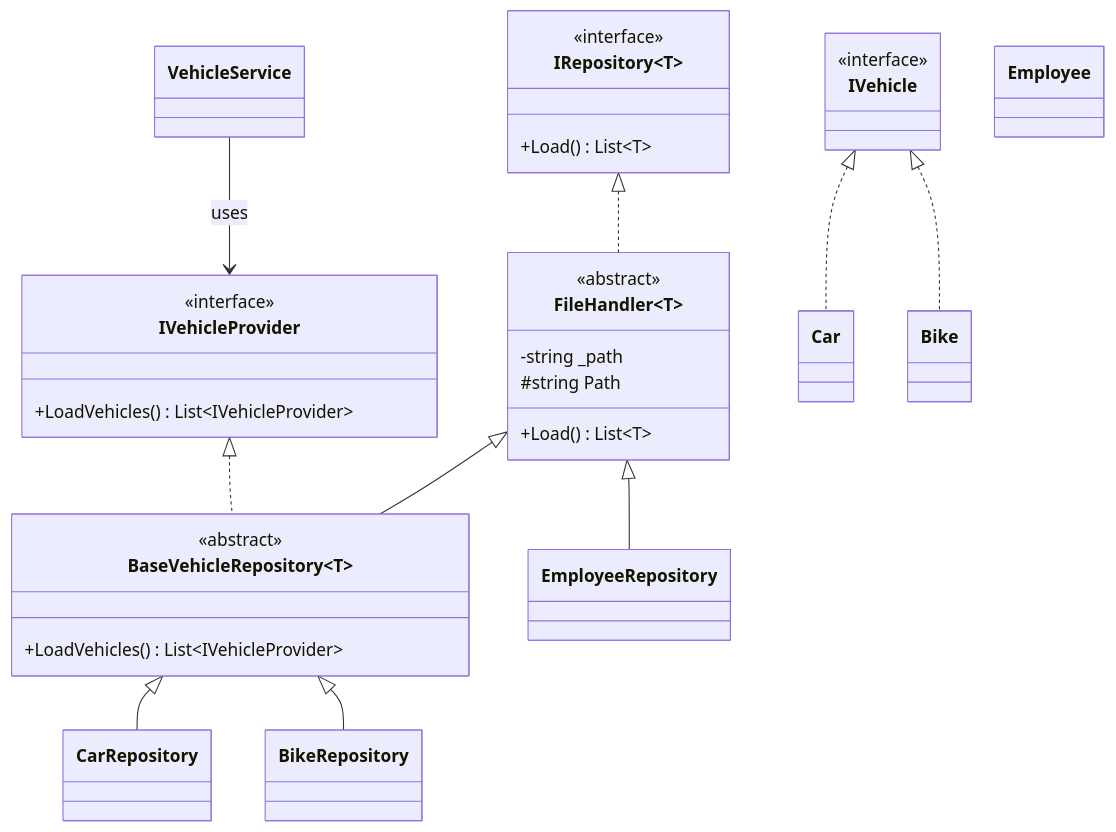
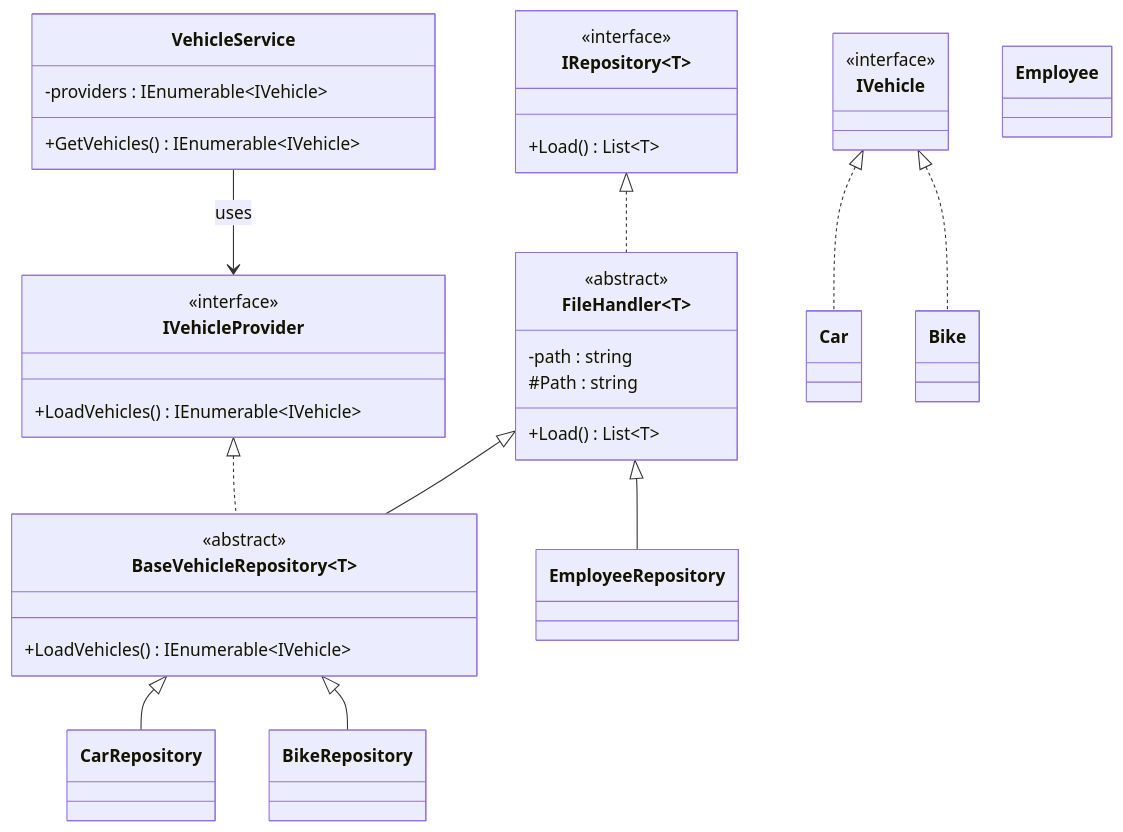
Before and after one commit to MatiasHeiberg/sibdat25-SysUd_SofArk_Project: the first of 2 diagrams in docs/notes/System arkitektur (UML).md, drawn with Mermaid. The commit also changed other lines of this file and 10 other files, not shown here.

````diff
--- a/docs/notes/System arkitektur (UML).md
+++ b/docs/notes/System arkitektur (UML).md
@@ -15,51 +15,54 @@
 ```mermaid
 classDiagram
     class IRepository~T~ {
         <<interface>>
         +Load() List~T~
     }
     
     class IVehicle {
         <<interface>>
     }
     
     class IVehicleProvider {
         <<interface>>
-        +LoadVehicles() List~IVehicleProvider~
+        +LoadVehicles() IEnumerable~IVehicle~
     }
     
     class FileHandler~T~ {
         <<abstract>>
-        -string _path
-        #string Path
+        -path : string
+        #Path : string
         +Load() List~T~
     }
     
     class BaseVehicleRepository~T~ {
         <<abstract>>
-        +LoadVehicles() List~IVehicleProvider~
+        +LoadVehicles() IEnumerable~IVehicle~
     }
     
     class CarRepository { }
     class BikeRepository { }
     class EmployeeRepository { }
     
-    class VehicleService { }
+    class VehicleService { 
+	    -providers : IEnumerable~IVehicle~ 
+	    +GetVehicles() IEnumerable~IVehicle~
+    }
     
     IRepository~T~ <|.. FileHandler~T~
     FileHandler~T~ <|-- BaseVehicleRepository~T~
     IVehicleProvider <|.. BaseVehicleRepository~T~
     
     BaseVehicleRepository~T~ <|-- CarRepository
     BaseVehicleRepository~T~ <|-- BikeRepository
     FileHandler~T~ <|-- EmployeeRepository
     
     VehicleService --> IVehicleProvider : uses
     
     class Car
     class Bike
     class Employee
     
     IVehicle <|.. Car
     IVehicle <|.. Bike
 ```
````
